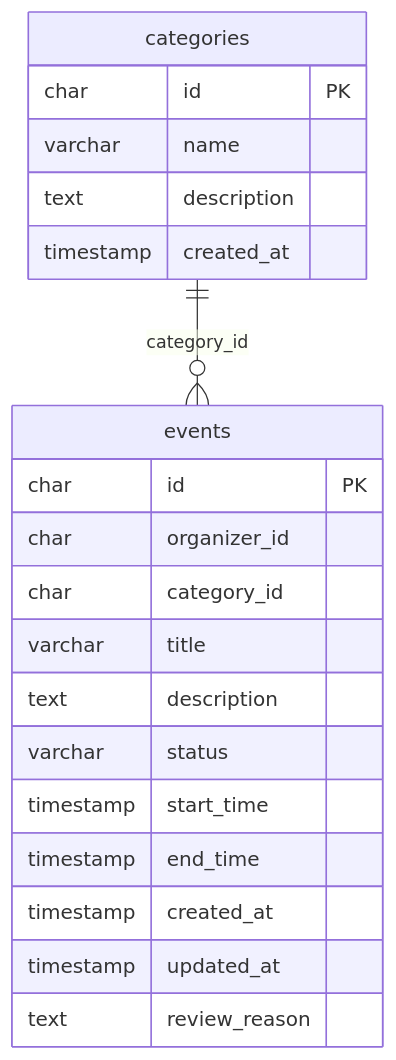
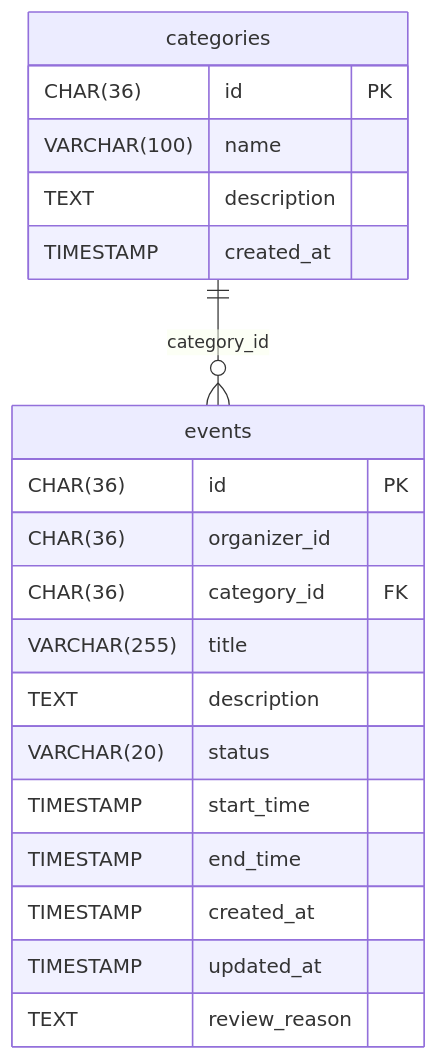
One commit to duymk123/EventHub changed the diagram in docs/database/event-service/erd.md. Above: the diagram before and after it, drawn with Mermaid. The commit also changed other lines of this file and 28 other files, not shown here.

````diff
--- a/docs/database/event-service/erd.md
+++ b/docs/database/event-service/erd.md
@@ -5,23 +9,23 @@
 ```mermaid
 erDiagram
   categories ||--o{ events : category_id
   categories {
-    char id PK
-    varchar name
-    text description
-    timestamp created_at
+    CHAR(36) id PK
+    VARCHAR(100) name
+    TEXT description
+    TIMESTAMP created_at
   }
   events {
-    char id PK
-    char organizer_id
-    char category_id
-    varchar title
-    text description
-    varchar status
-    timestamp start_time
-    timestamp end_time
-    timestamp created_at
-    timestamp updated_at
-    text review_reason
+    CHAR(36) id PK
+    CHAR(36) organizer_id
+    CHAR(36) category_id FK
+    VARCHAR(255) title
+    TEXT description
+    VARCHAR(20) status
+    TIMESTAMP start_time
+    TIMESTAMP end_time
+    TIMESTAMP created_at
+    TIMESTAMP updated_at
+    TEXT review_reason
   }
 ```
````
